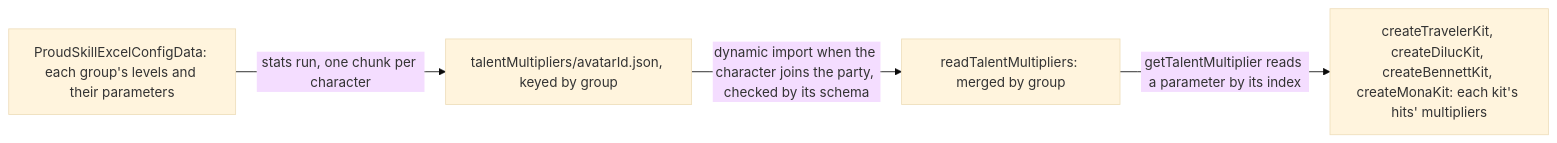
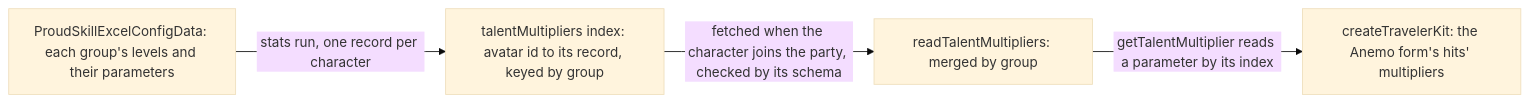
The second of 2 diagrams in apps/web/content/docs/genshin/character-kits.md (Esposter/Esposter), drawn with Mermaid (base theme) before and after one commit. The commit also changed other lines of this file and 6 other files, not shown here.

First line of the commit message:
docs(genshin): the hosted game data names every dataset, its key and dataset scopes, the keyed reader and the suites' mirror

````diff
--- a/apps/web/content/docs/genshin/character-kits.md
+++ b/apps/web/content/docs/genshin/character-kits.md
@@ -33,6 +33,6 @@
 ```mermaid
 flowchart LR
-  P["ProudSkillExcelConfigData: each group's levels and their parameters"] -->|"stats run, one chunk per character"| M["talentMultipliers/avatarId.json, keyed by group"]
-  M -->|"dynamic import when the character joins the party, checked by its schema"| R["readTalentMultipliers: merged by group"]
-  R -->|"getTalentMultiplier reads a parameter by its index"| T["createTravelerKit, createDilucKit, createBennettKit, createMonaKit: each kit's hits' multipliers"]
+  P["ProudSkillExcelConfigData: each group's levels and their parameters"] -->|"stats run, one record per character"| M["talentMultipliers index: avatar id to its record, keyed by group"]
+  M -->|"fetched when the character joins the party, checked by its schema"| R["readTalentMultipliers: merged by group"]
+  R -->|"getTalentMultiplier reads a parameter by its index"| T["createTravelerKit: the Anemo form's hits' multipliers"]
 ```
````
